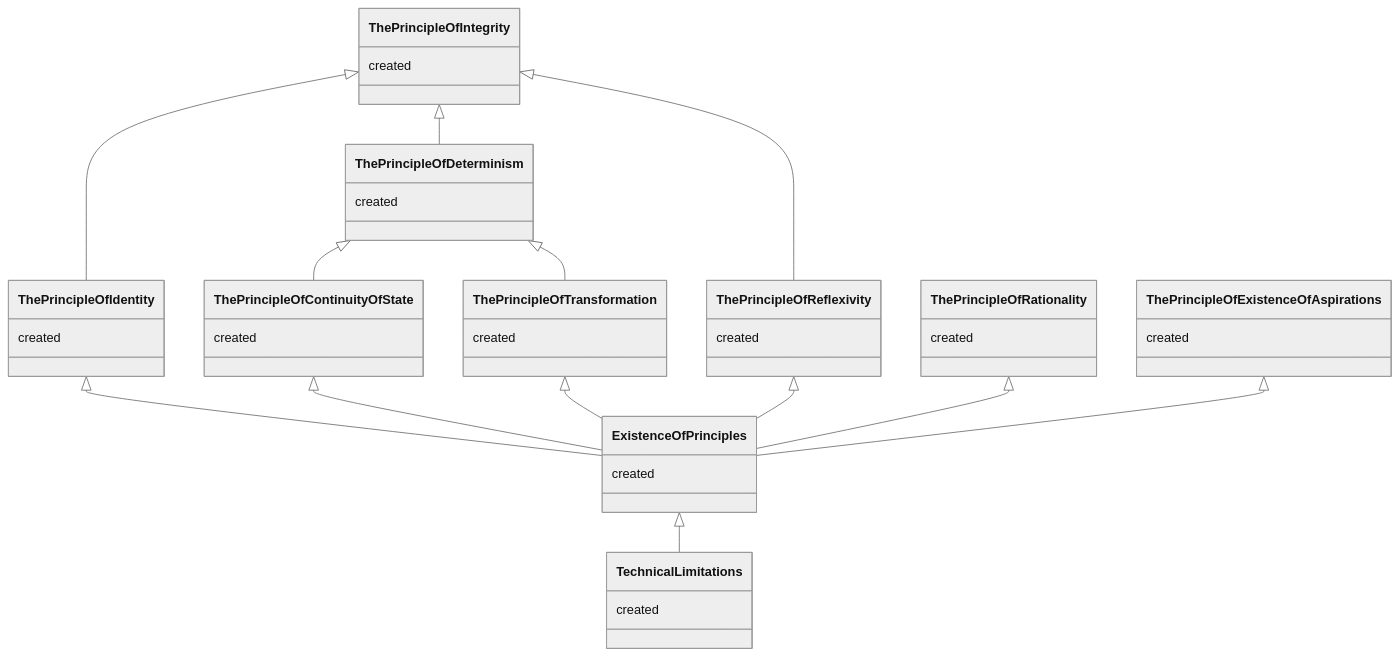
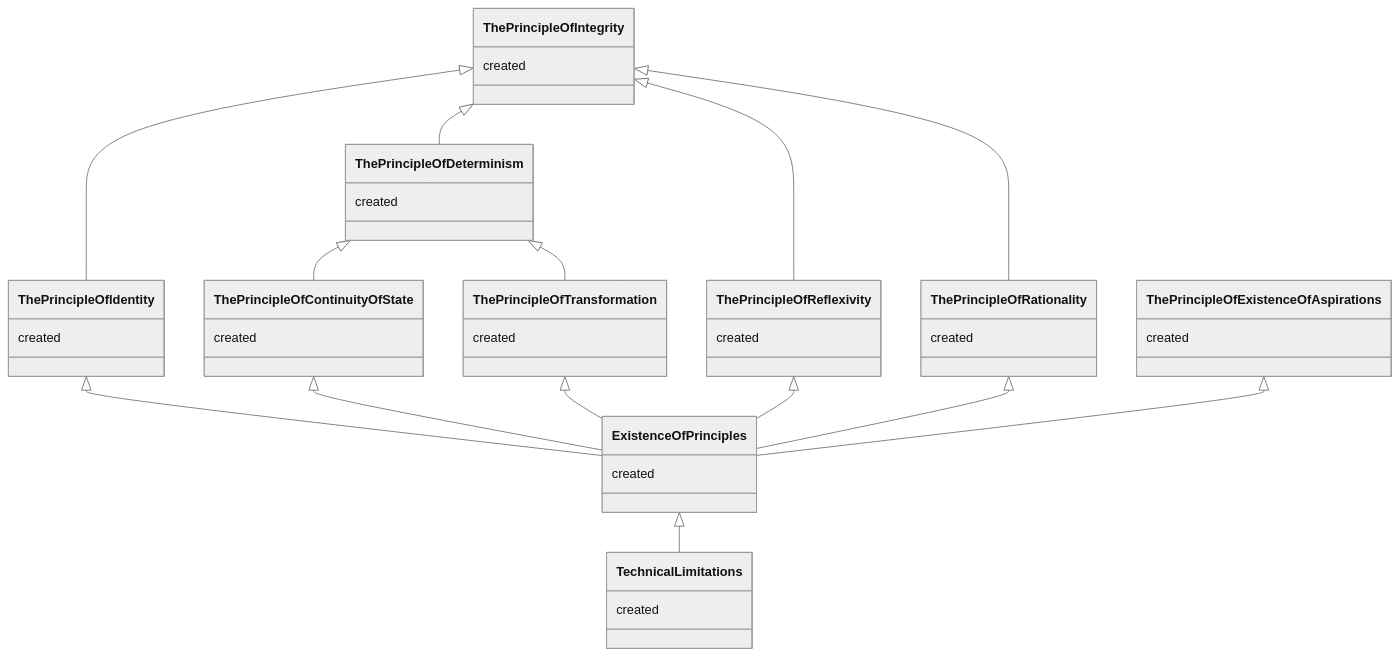
The third of 6 diagrams in evmos/PrecedenceGraph.md (the-laurel/chain-proposals), drawn with Mermaid (neutral theme) before and after one commit. The commit also changed other lines of this file, not shown here.

````diff
--- a/evmos/PrecedenceGraph.md
+++ b/evmos/PrecedenceGraph.md
@@ -71,71 +71,72 @@
 ```mermaid
 classDiagram
 
 class Technical Limitations {
   created
 }
 link Technical Limitations "https://github.com/the-laurel/chain-proposals/edit/main/evmos/PrecedenceGraph.md#technical-limitations"
 
 class The Principle Of Determinism  {
   created
 }
 link The Principle Of Determinism "https://github.com/the-laurel/chain-proposals/blob/main/evmos/PrincipleOfDeterminism.md"
 
 class The Principle Of Reflexivity  {
   created
 }
 link The Principle Of Reflexivity "https://github.com/the-laurel/chain-proposals/blob/main/evmos/PrincipleOfReflexivity.md" 
 
 class The Principle Of Identity  {
   created
 }
 link The Principle Of Identity "https://github.com/the-laurel/chain-proposals/blob/main/evmos/PrincipleOfIdentity.md" 
 
 class The Principle Of Transformation  {
   created
 }
 link The Principle Of Transformation "https://github.com/the-laurel/chain-proposals/blob/main/evmos/PrincipleOfTransformation.md" 
 
 class Existence Of Principles {
   created
 }
 link Existence Of Principles "https://github.com/the-laurel/chain-proposals/blob/main/evmos/ExistenceOfPrinciples.md" 
 
 class The Principle Of Integrity {
   created
 }
 link The Principle Of Integrity "https://github.com/the-laurel/chain-proposals/blob/main/evmos/PrincipleOfIntegrity.md"
 
 class The Principle Of Rationality {
   created
 }
 link The Principle Of Rationality "https://github.com/the-laurel/chain-proposals/blob/main/evmos/PrincipleOfRationality.md" 
 
 class The Principle Of Existence Of Aspirations {
   created
 }
 link The Principle Of Existence Of Aspirations "https://github.com/the-laurel/chain-proposals/blob/main/evmos/PrincipleOfExistenceOfAspirations.md" 
 
 class The Principle Of Continuity Of State {
   created
 }
 link The Principle Of Continuity Of State "https://github.com/the-laurel/chain-proposals/blob/main/evmos/PrincipleOfContinuityOfState.md"
 
 The Principle Of Integrity  <|-- The Principle Of Determinism
 The Principle Of Integrity  <|-- The Principle Of Reflexivity
 The Principle Of Integrity  <|-- The Principle Of Identity
+The Principle Of Integrity  <|-- The Principle Of Rationality
 
 The Principle Of Determinism <|-- The Principle Of Transformation
 The Principle Of Determinism <|-- The Principle Of Continuity Of State
 
 The Principle Of Identity  <|-- Existence Of Principles 
 The Principle Of Continuity Of State  <|-- Existence Of Principles 
 The Principle Of Transformation <|-- Existence Of Principles 
 The Principle Of Reflexivity <|-- Existence Of Principles 
 The Principle Of Rationality <|-- Existence Of Principles
 The Principle Of Existence Of Aspirations <|-- Existence Of Principles
 
 Existence Of Principles <|-- Technical Limitations
 
 
 ```
````
